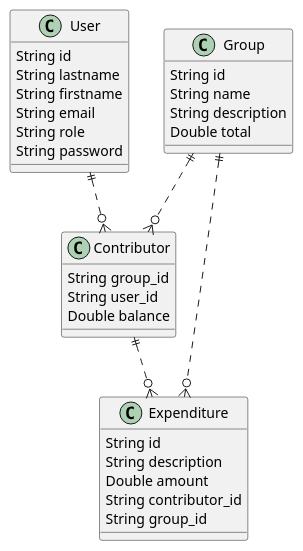
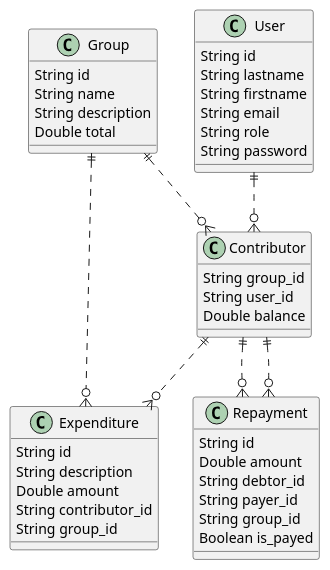
The diagram in uml-bdd.puml (PatrickLaubscher/examrest), drawn with PlantUML before and after one commit. The commit also changed 16 other files, not shown here.

```diff
--- a/uml-bdd.puml
+++ b/uml-bdd.puml
@@ -1,42 +1,51 @@
 @startuml UML
 
 class User {
     String id
     String lastname
     String firstname
     String email
     String role
     String password
 }
 
 class Expenditure {
     String id
     String description
     Double amount
     String contributor_id
     String group_id
 }
 
 class Group {
     String id
     String name
     String description
     Double total
 }
 
 class Contributor {
     String group_id
     String user_id
     Double balance
 }
 
-
+class Repayment {
+    String id
+    Double amount
+    String debtor_id
+    String payer_id
+    String group_id
+    Boolean is_payed
+}
 
 
 Contributor ||..o{ Expenditure
+Contributor ||..o{ Repayment
+Contributor ||..o{ Repayment
 Group ||..o{ Expenditure
 User ||..o{ Contributor
 Group ||..o{ Contributor
 
 
 @enduml
```
